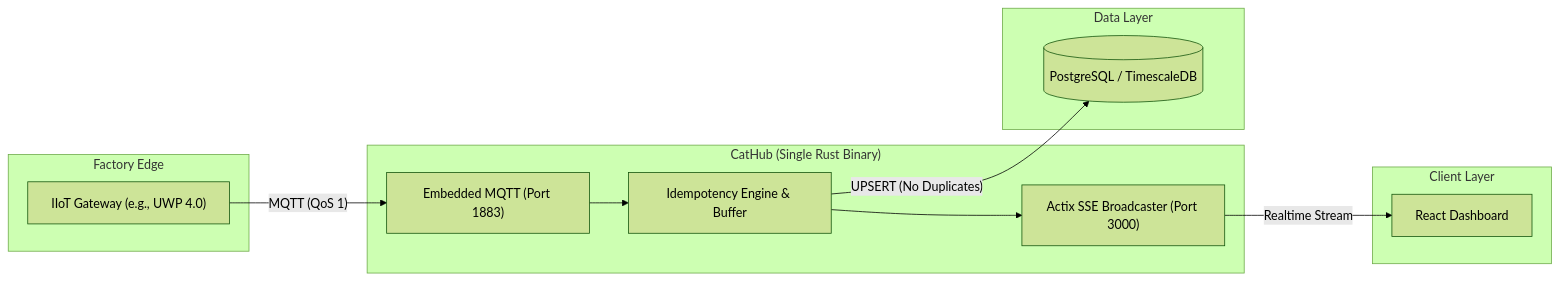
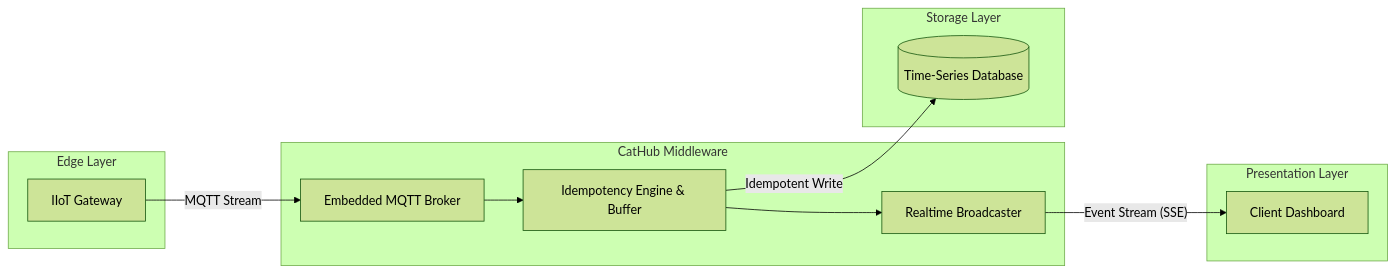
The diagram in README.md (dhimasarista/cathub), drawn with Mermaid (forest theme) before and after one commit. The commit also changed other lines of this file, not shown here.

````diff
--- a/README.md
+++ b/README.md
@@ -24,27 +24,27 @@
 ```mermaid
 flowchart LR
-    subgraph Edge ["Factory Edge"]
-        Gateway["IIoT Gateway (e.g., UWP 4.0)"]
+    subgraph Edge ["Edge Layer"]
+        Gateway["IIoT Gateway"]
     end
 
-    subgraph CatHub ["CatHub (Single Rust Binary)"]
-        Broker["Embedded MQTT (Port 1883)"]
+    subgraph CatHub ["CatHub Middleware"]
+        Broker["Embedded MQTT Broker"]
         Engine["Idempotency Engine & Buffer"]
-        SSE["Actix SSE Broadcaster (Port 3000)"]
+        SSE["Realtime Broadcaster"]
         
         Broker --> Engine
         Engine --> SSE
     end
 
-    subgraph Storage ["Data Layer"]
-        DB[("PostgreSQL / TimescaleDB")]
+    subgraph Storage ["Storage Layer"]
+        DB[("Time-Series Database")]
     end
 
-    subgraph Frontend ["Client Layer"]
-        React["React Dashboard"]
+    subgraph Frontend ["Presentation Layer"]
+        ClientApp["Client Dashboard"]
     end
 
-    Gateway -- "MQTT (QoS 1)" --> Broker
-    Engine -- "UPSERT (No Duplicates)" --> DB
-    SSE -- "Realtime Stream" --> React
+    Gateway -- "MQTT Stream" --> Broker
+    Engine -- "Idempotent Write" --> DB
+    SSE -- "Event Stream (SSE)" --> ClientApp
 ```
````
